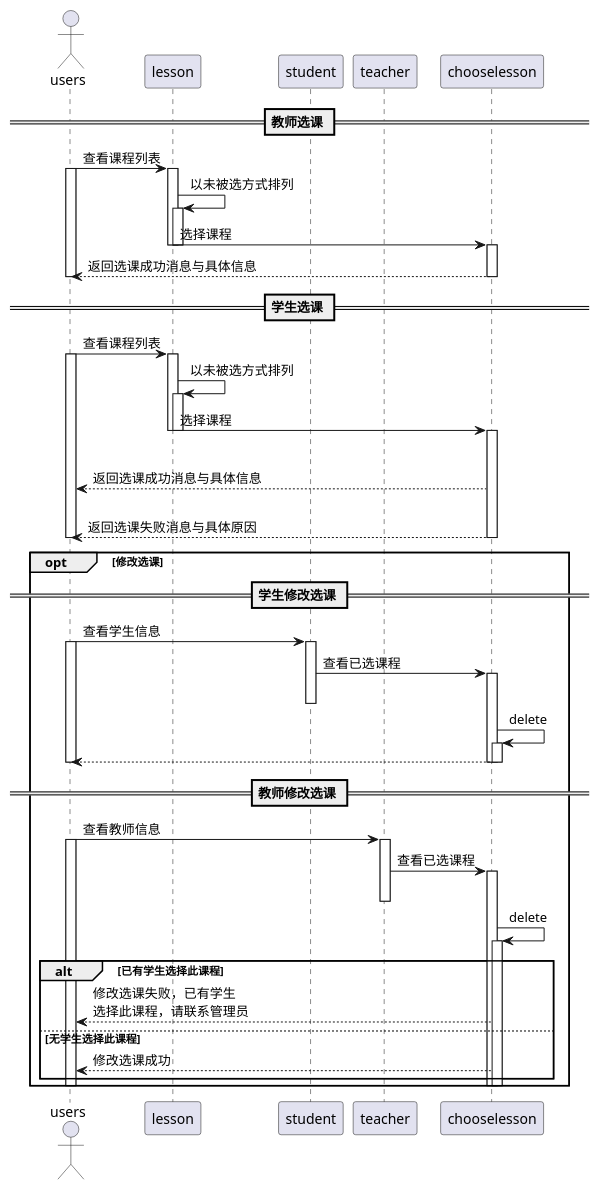
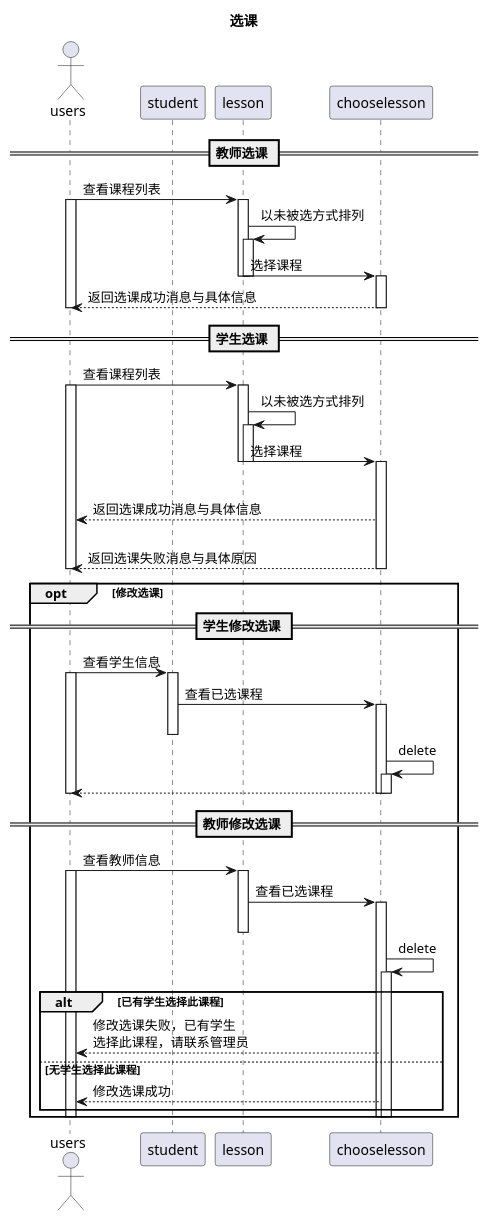
The diagram in test6/src/chooseLesson.puml (mzy1997/is_analysis), drawn with PlantUML before and after one commit. The commit also changed 35 other files, not shown here.

```diff
--- a/test6/src/chooseLesson.puml
+++ b/test6/src/chooseLesson.puml
@@ -1,69 +1,70 @@
 @startuml
+title 选课
 actor users
 participant lesson
 participant student
-participant teacher
+participant lesson
 participant chooselesson
 == 教师选课 ==
 users -> lesson:查看课程列表
 activate lesson
 activate users
 lesson ->lesson:以未被选方式排列
 activate lesson
 lesson ->chooselesson:选择课程
 deactivate lesson
 deactivate lesson
 activate chooselesson
 chooselesson --> users:返回选课成功消息与具体信息
 deactivate chooselesson
 deactivate users
 == 学生选课 ==
 users -> lesson:查看课程列表
 activate lesson
 activate users
 lesson ->lesson:以未被选方式排列
 activate lesson
 lesson ->chooselesson:选择课程
 deactivate lesson
 deactivate lesson
 alt 该课程已先有教师选中
     activate chooselesson
     chooselesson --> users:返回选课成功消息与具体信息
 else 该课程没有教师教授
     chooselesson --> users:返回选课失败消息与具体原因
     deactivate chooselesson
     deactivate users
 
 opt 修改选课
 == 学生修改选课 ==
     users -> student:查看学生信息
     activate student
     activate users
     student -> chooselesson:查看已选课程
     activate chooselesson
     deactivate student
     chooselesson -> chooselesson:delete
     activate chooselesson
     chooselesson --> users
     deactivate chooselesson
     deactivate chooselesson
     deactivate users
 == 教师修改选课 ==
-    users -> teacher:查看教师信息
-    activate teacher
+    users -> lesson:查看教师信息
+    activate lesson
     activate users
-    teacher -> chooselesson:查看已选课程
+    lesson -> chooselesson:查看已选课程
     activate chooselesson
-    deactivate teacher
+    deactivate lesson
     chooselesson -> chooselesson:delete
     alt 已有学生选择此课程
         activate chooselesson
         chooselesson --> users:修改选课失败，已有学生\n选择此课程，请联系管理员
     else 无学生选择此课程
         chooselesson --> users:修改选课成功
     end
     deactivate chooselesson
     deactivate chooselesson
     deactivate users
 end
 @enduml
```
